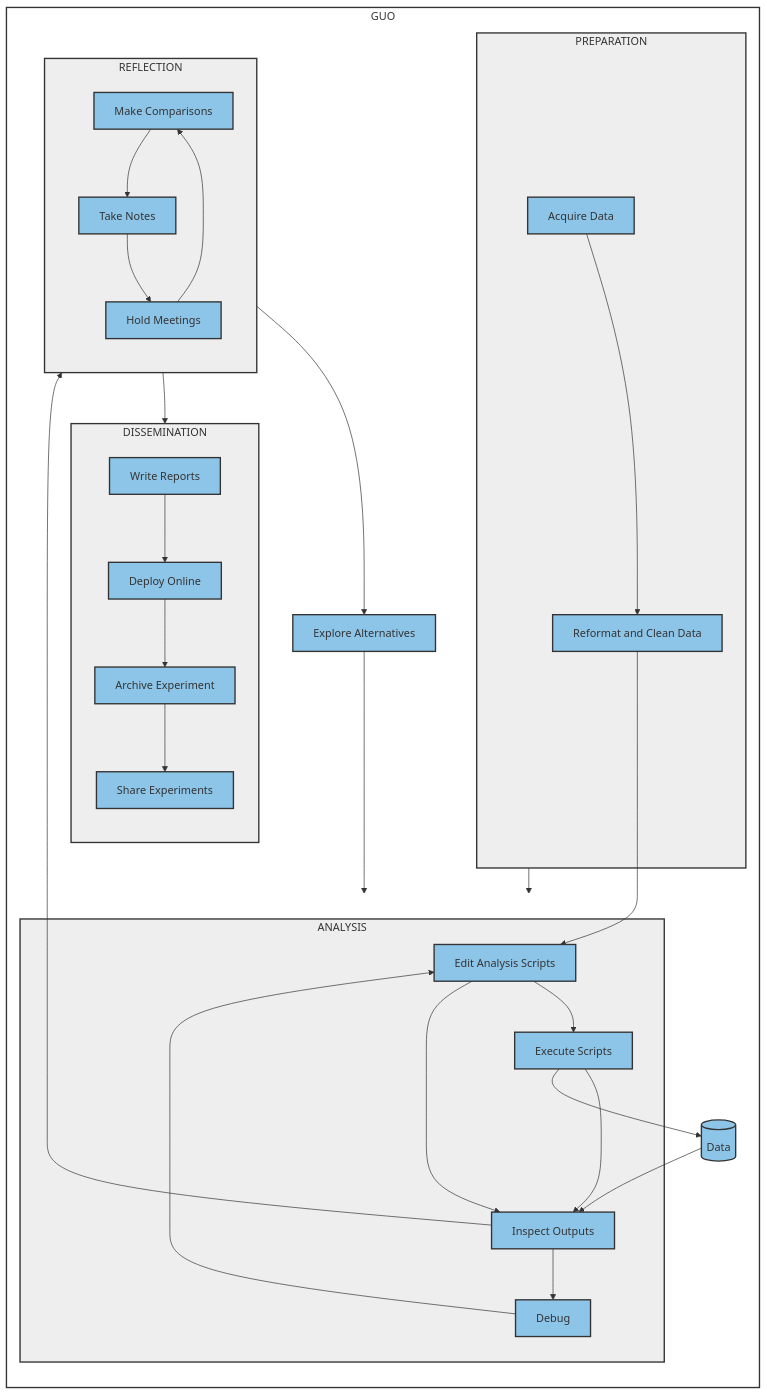
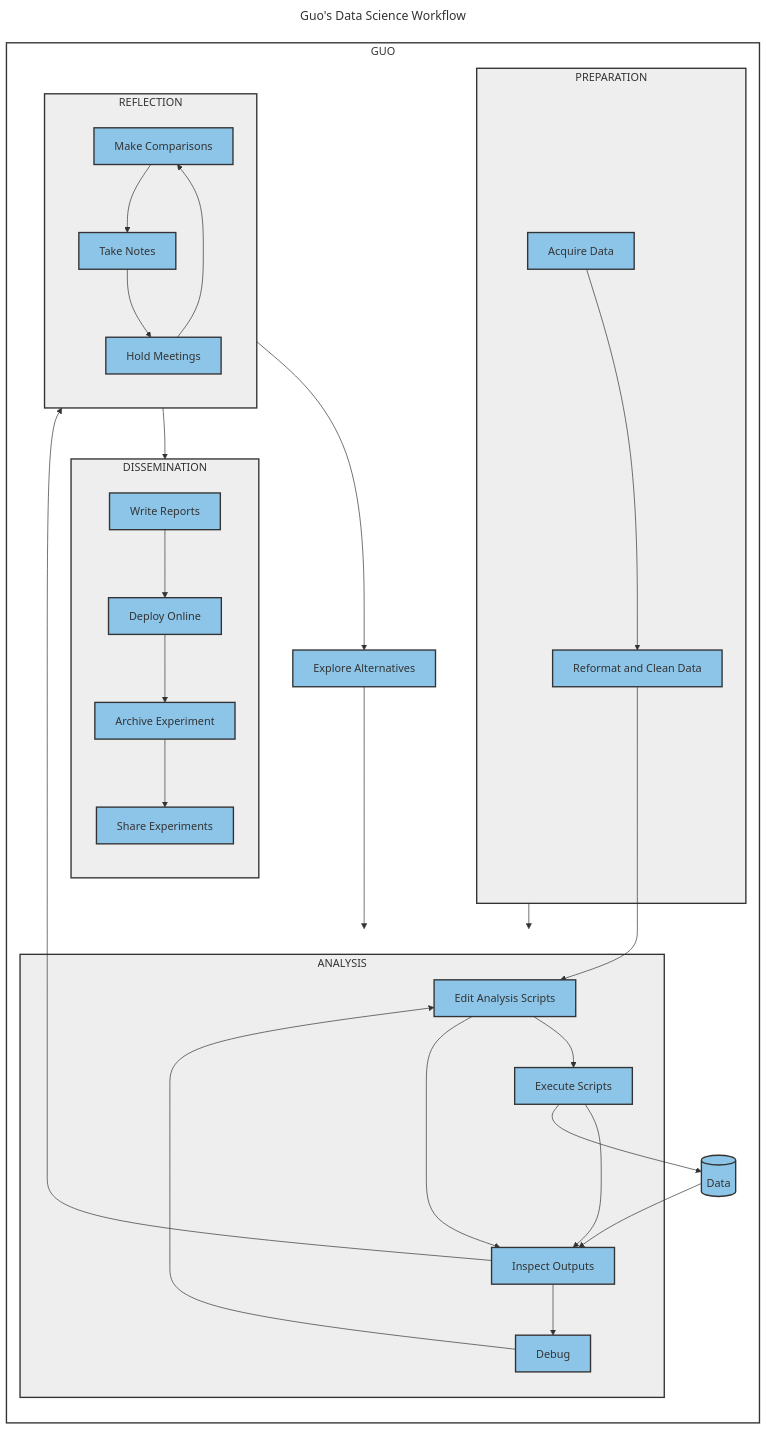
The fourth of 6 diagrams in srcsite/03_workflow/034_workflow_management_concepts.md (imarranz/data-science-workflow-management), drawn with Mermaid before and after one commit. The commit also changed other lines of this file and 1 other file, not shown here.

````diff
--- a/srcsite/03_workflow/034_workflow_management_concepts.md
+++ b/srcsite/03_workflow/034_workflow_management_concepts.md
@@ -145,74 +155,77 @@
 ```mermaid
+---
+title: Guo's Data Science Workflow
+---
 graph LR
 
     subgraph GUO
         style GUO fill:#FFFFFF, stroke:#333, stroke-width:2px
         direction TB
 
         subgraph PREPARATION
             style PREPARATION fill:#EEEEEE, stroke:#333, stroke-width:2px
             A[Acquire Data]
             B[Reformat and Clean Data]
 
             A --> B
         end
 
         subgraph ANALYSIS
             style ANALYSIS fill:#EEEEEE, stroke:#333, stroke-width:2px
 
             C[Edit Analysis Scripts]
             D[Execute Scripts]
             E[Inspect Outputs]
             F[Debug]
 
             C --> D
             D --> E
             C --> E
             E --> F
             F --> C
         end
 
         PREPARATION --> ANALYSIS
 
         B --> C
         REFLECTION --> G[Explore Alternatives]
         G[Explore Alternatives] --> ANALYSIS
 
         subgraph DISSEMINATION
             style DISSEMINATION fill:#EEEEEE, stroke:#333, stroke-width:2px
             direction TB
 
             K[Write Reports]
             L[Deploy Online]
             M[Archive Experiment]
             N[Share Experiments]
 
             K --> L
             L --> M
             M --> N
         end
 
         subgraph REFLECTION
             style REFLECTION fill:#EEEEEE, stroke:#333, stroke-width:2px
             direction TB
 
             H[Make Comparisons]
             I[Take Notes]
             J[Hold Meetings]
 
             H --> I
             I --> J
             J --> H
         end
 
         E --> REFLECTION
         REFLECTION --> DISSEMINATION
         D --> O[(Data)]
         O[(Data)] --> E
 
     end
 
     classDef miestilo fill:#8dc5e8,stroke:#333,stroke-width:2px
     class A,B,C,D,E,F,G,H,I,J,K,L,M,N,O miestilo
 
 ```
````
